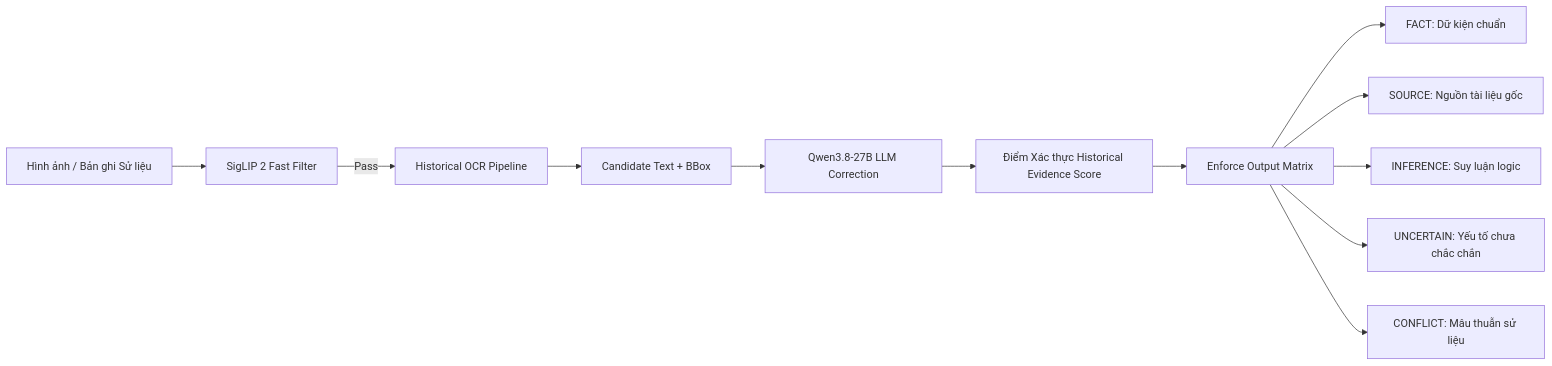
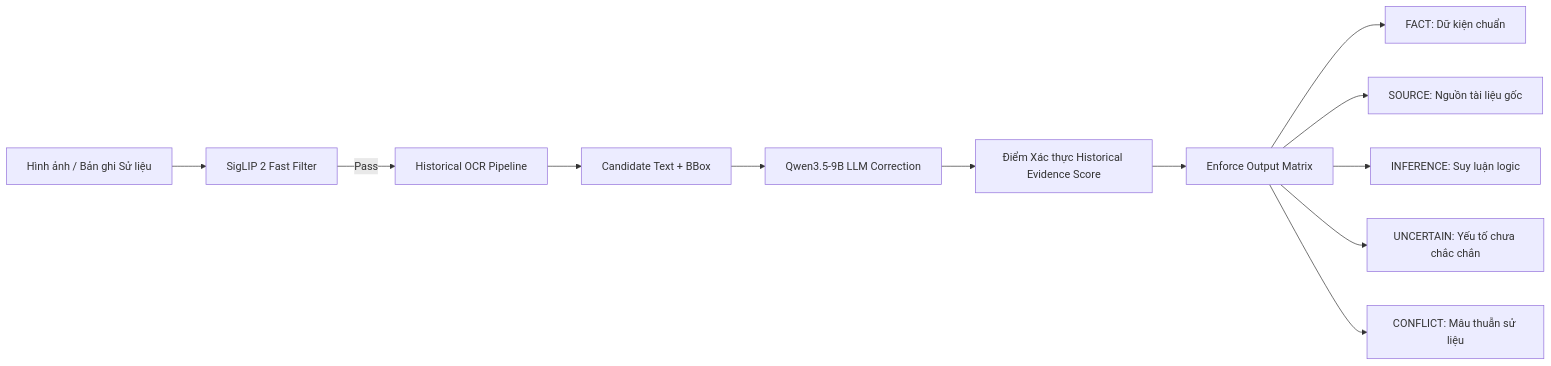
Before and after one commit to TCTri205/ChronoViet: the third of 3 diagrams in docs/guides/MACOS_LOCAL_MODEL_OPTIMIZATION.md, drawn with Mermaid. The commit also changed other lines of this file and 98 other files, not shown here.

````diff
--- a/docs/guides/MACOS_LOCAL_MODEL_OPTIMIZATION.md
+++ b/docs/guides/MACOS_LOCAL_MODEL_OPTIMIZATION.md
@@ -506,16 +504,16 @@
 ```mermaid
 flowchart LR
     DocInput[Hình ảnh / Bản ghi Sử liệu] --> SigLIP2Filter[SigLIP 2 Fast Filter]
     SigLIP2Filter -->|Pass| OCRPipeline[Historical OCR Pipeline]
     OCRPipeline --> TextExtract[Candidate Text + BBox]
-    TextExtract --> PostCorrection[Qwen3.8-27B LLM Correction]
+    TextExtract --> PostCorrection[Qwen3.5-9B LLM Correction]
 
     PostCorrection --> ScoreCalc[Điểm Xác thực Historical Evidence Score]
     
     ScoreCalc --> StructEnforce[Enforce Output Matrix]
     StructEnforce --> FACT[FACT: Dữ kiện chuẩn]
     StructEnforce --> SOURCE[SOURCE: Nguồn tài liệu gốc]
     StructEnforce --> INFERENCE[INFERENCE: Suy luận logic]
     StructEnforce --> UNCERTAIN[UNCERTAIN: Yếu tố chưa chắc chắn]
     StructEnforce --> CONFLICT[CONFLICT: Mâu thuẫn sử liệu]
 ```
````
